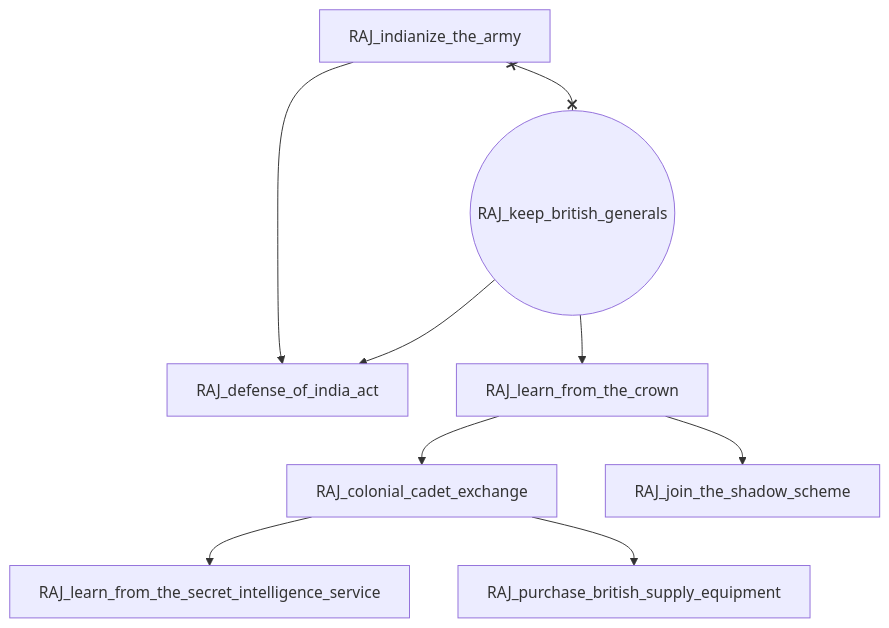
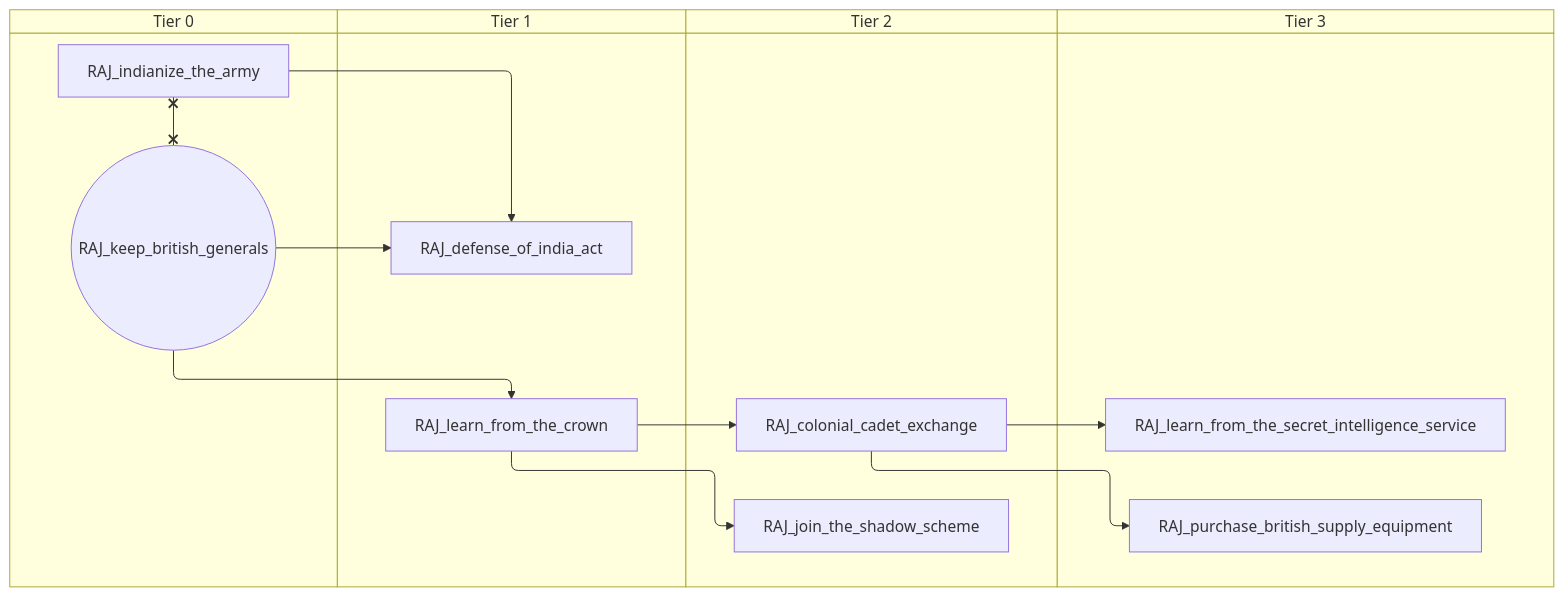
One commit to evgeny-sobol/hoi4-sandbox-mode changed the eighth of 13 diagrams in docs/gdd/National Focuses/india_goe.md. Above: the diagram before and after it, drawn with Mermaid. The commit also changed other lines of this file and 80 other files, not shown here.

First line of the commit message:
Add swimlane mode to focus graph exporter

````diff
--- a/docs/gdd/National Focuses/india_goe.md
+++ b/docs/gdd/National Focuses/india_goe.md
@@ -498,19 +590,27 @@
 ```mermaid
-flowchart TD
-    n196["RAJ_colonial_cadet_exchange"]
-    n188["RAJ_defense_of_india_act"]
-    n191["RAJ_indianize_the_army"]
-    n197["RAJ_join_the_shadow_scheme"]
-    n192(("RAJ_keep_british_generals"))
-    n198["RAJ_learn_from_the_crown"]
-    n199["RAJ_learn_from_the_secret_intelligence_service"]
-    n200["RAJ_purchase_british_supply_equipment"]
-    n198 --> n196
-    n191 --> n188
-    n192 --> n188
-    n198 --> n197
-    n192 --> n198
-    n196 --> n199
-    n196 --> n200
-    n191 x--x n192
+swimlane-beta TD
+    subgraph tier_0["Tier 0"]
+        n187["RAJ_indianize_the_army"]
+        n188(("RAJ_keep_british_generals"))
+    end
+    subgraph tier_1["Tier 1"]
+        n189["RAJ_defense_of_india_act"]
+        n196["RAJ_learn_from_the_crown"]
+    end
+    subgraph tier_2["Tier 2"]
+        n197["RAJ_colonial_cadet_exchange"]
+        n198["RAJ_join_the_shadow_scheme"]
+    end
+    subgraph tier_3["Tier 3"]
+        n199["RAJ_learn_from_the_secret_intelligence_service"]
+        n200["RAJ_purchase_british_supply_equipment"]
+    end
+    n196 --> n197
+    n187 --> n189
+    n188 --> n189
+    n196 --> n198
+    n188 --> n196
+    n197 --> n199
+    n197 --> n200
+    n187 x--x n188
 ```
````
